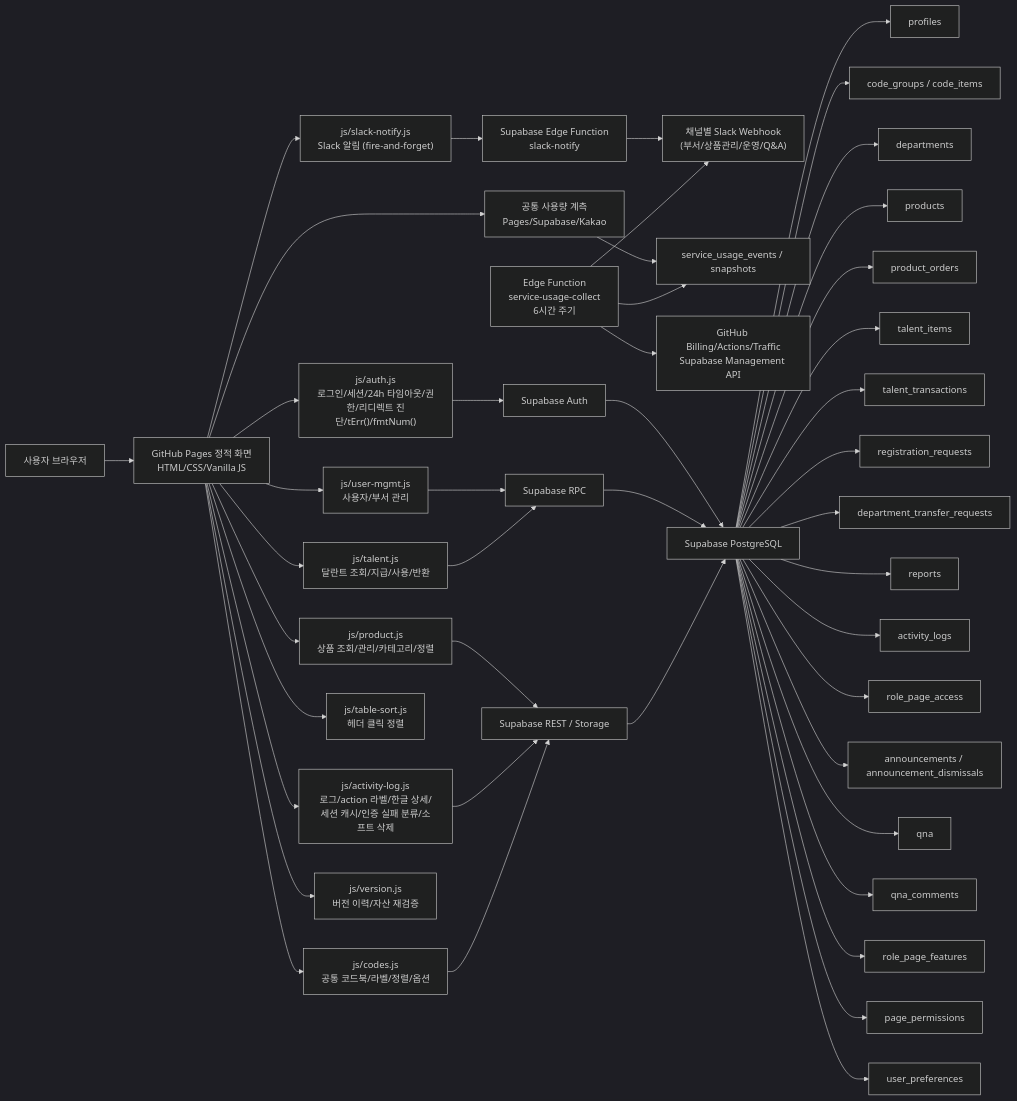
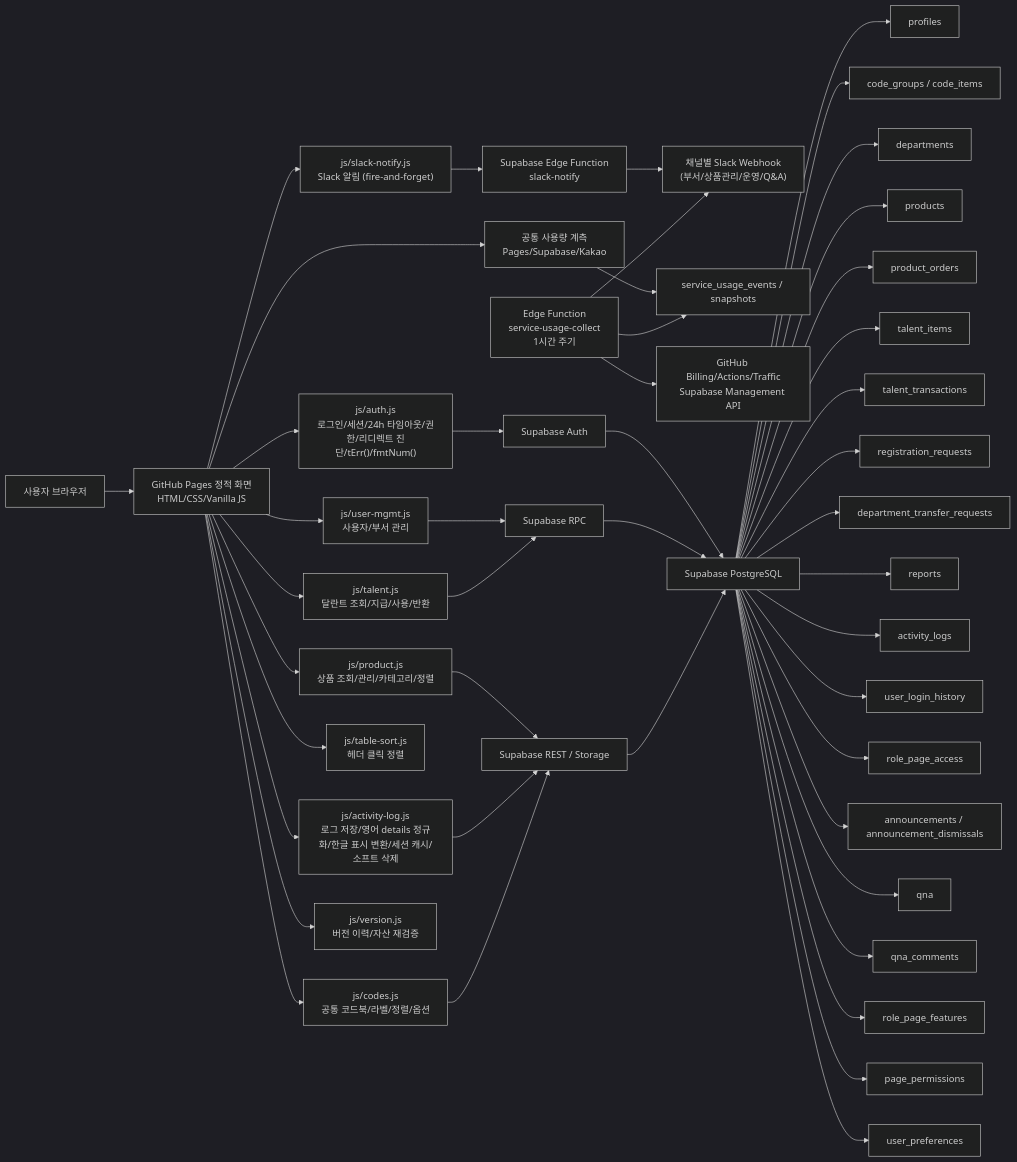
Before and after one commit to CHO-Talents-Test/CHO-Talents-Test: the first of 17 diagrams in docs/PROJECT_ARCHITECTURE_FLOW.md, drawn with Mermaid (dark theme). The commit also changed other lines of this file and 165 other files, not shown here.

````diff
--- a/docs/PROJECT_ARCHITECTURE_FLOW.md
+++ b/docs/PROJECT_ARCHITECTURE_FLOW.md
@@ -27,52 +29,53 @@
 ```mermaid
 flowchart LR
   User["사용자 브라우저"] --> Pages["GitHub Pages 정적 화면<br/>HTML/CSS/Vanilla JS"]
 
   Pages --> AuthJS["js/auth.js<br/>로그인/세션/24h 타임아웃/권한/리디렉트 진단/tErr()/fmtNum()"]
-  Pages --> LogJS["js/activity-log.js<br/>로그/action 라벨/한글 상세/세션 캐시/인증 실패 분류/소프트 삭제"]
+  Pages --> LogJS["js/activity-log.js<br/>로그 저장/영어 details 정규화/한글 표시 변환/세션 캐시/소프트 삭제"]
   Pages --> CodesJS["js/codes.js<br/>공통 코드북/라벨/정렬/옵션"]
   Pages --> UserMgmt["js/user-mgmt.js<br/>사용자/부서 관리"]
   Pages --> TalentJS["js/talent.js<br/>달란트 조회/지급/사용/반환"]
   Pages --> ProductJS["js/product.js<br/>상품 조회/관리/카테고리/정렬"]
   Pages --> TableSortJS["js/table-sort.js<br/>헤더 클릭 정렬"]
   Pages --> SlackJS["js/slack-notify.js<br/>Slack 알림 (fire-and-forget)"]
   Pages --> VersionJS["js/version.js<br/>버전 이력/자산 재검증"]
 
   SlackJS --> EdgeFn["Supabase Edge Function<br/>slack-notify"]
   EdgeFn --> Slack["채널별 Slack Webhook<br/>(부서/상품관리/운영/Q&A)"]
   Pages --> UsageTelemetry["공통 사용량 계측<br/>Pages/Supabase/Kakao"]
   UsageTelemetry --> UsageDB["service_usage_events / snapshots"]
-  UsageCollector["Edge Function<br/>service-usage-collect<br/>6시간 주기"] --> UsageDB
+  UsageCollector["Edge Function<br/>service-usage-collect<br/>1시간 주기"] --> UsageDB
   UsageCollector --> ExternalUsage["GitHub Billing/Actions/Traffic<br/>Supabase Management API"]
   UsageCollector --> Slack
 
   AuthJS --> Auth["Supabase Auth"]
   UserMgmt --> RPC["Supabase RPC"]
   TalentJS --> RPC
   ProductJS --> Rest["Supabase REST / Storage"]
   LogJS --> Rest
   CodesJS --> Rest
 
   Auth --> DB["Supabase PostgreSQL"]
   RPC --> DB
   Rest --> DB
 
   DB --> Profiles["profiles"]
   DB --> Codes["code_groups / code_items"]
   DB --> Departments["departments"]
   DB --> Products["products"]
   DB --> Orders["product_orders"]
   DB --> Items["talent_items"]
   DB --> Transactions["talent_transactions"]
   DB --> Requests["registration_requests"]
   DB --> Transfers["department_transfer_requests"]
   DB --> Reports["reports"]
   DB --> Logs["activity_logs"]
+  DB --> LoginHistory["user_login_history"]
   DB --> RoleAccess["role_page_access"]
   DB --> Announcements["announcements / announcement_dismissals"]
   DB --> QnA["qna"]
   DB --> QnAComments["qna_comments"]
   DB --> RoleFeatures["role_page_features"]
   DB --> PagePerms["page_permissions"]
   DB --> UserPrefs["user_preferences"]
 ```
````
